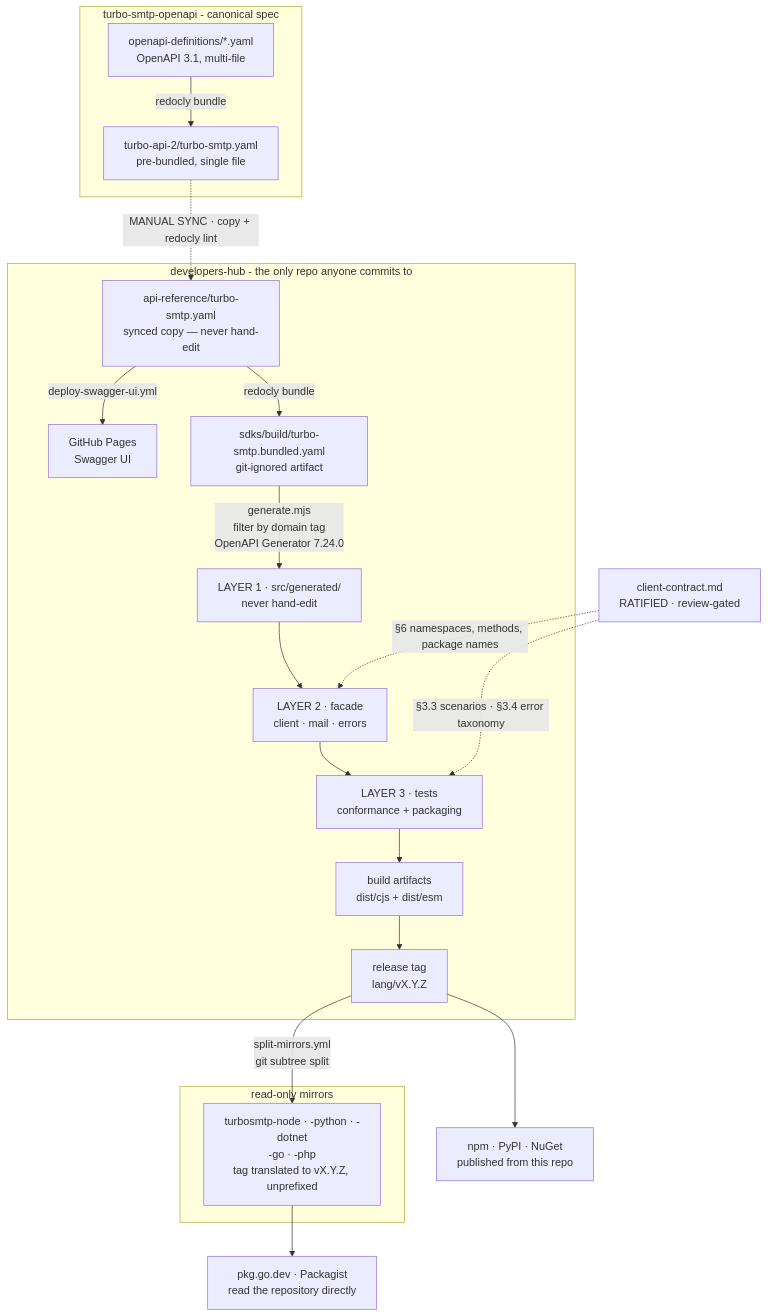
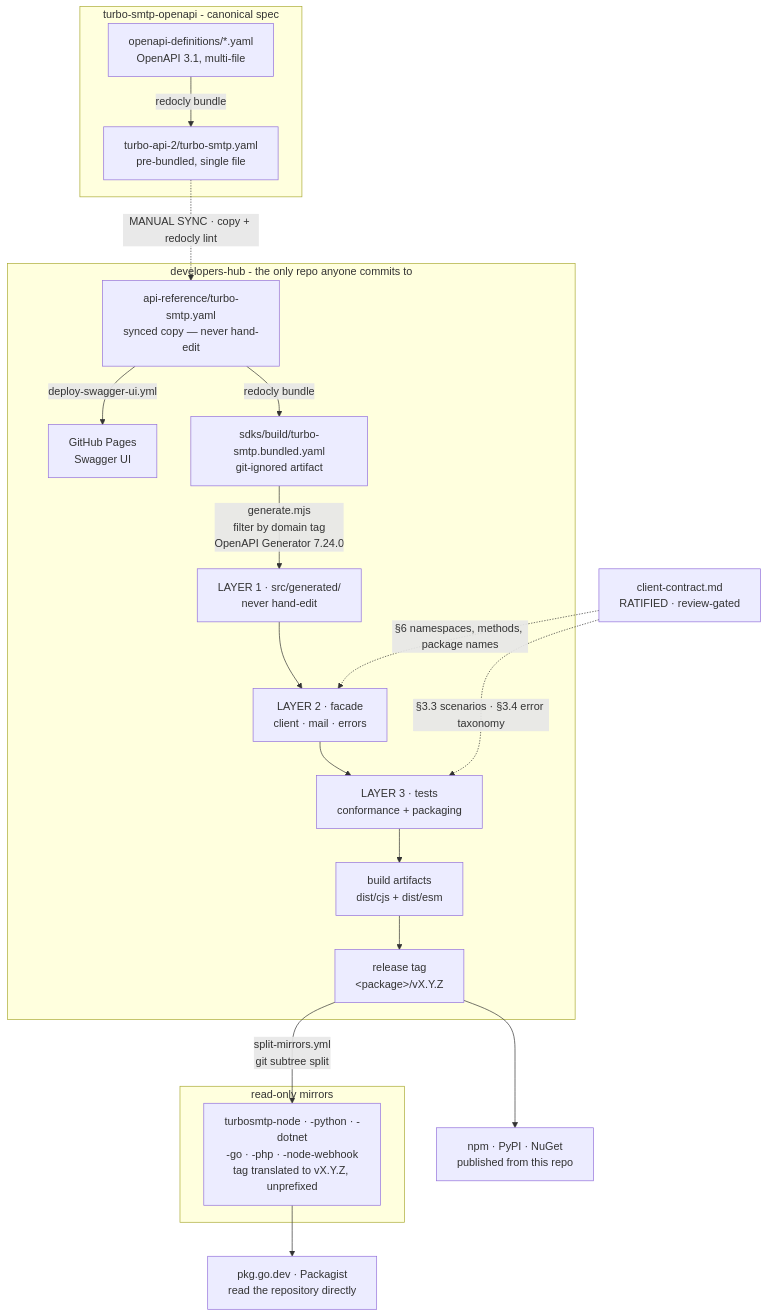
Before and after one commit to NewtTheWolf/developers-hub: the first of 2 diagrams in sdks/pipeline.md, drawn with Mermaid. The commit also changed other lines of this file and 3 other files, not shown here.

````diff
--- a/sdks/pipeline.md
+++ b/sdks/pipeline.md
@@ -12,42 +12,42 @@
 ```mermaid
 flowchart TD
     subgraph canon["turbo-smtp-openapi - canonical spec"]
         A["openapi-definitions/*.yaml<br/>OpenAPI 3.1, multi-file"]
         B["turbo-api-2/turbo-smtp.yaml<br/>pre-bundled, single file"]
         A -->|"redocly bundle"| B
     end
 
     B -.->|"MANUAL SYNC · copy + redocly lint"| C
 
     subgraph hub["developers-hub - the only repo anyone commits to"]
         C["api-reference/turbo-smtp.yaml<br/>synced copy — never hand-edit"]
         PAGES["GitHub Pages<br/>Swagger UI"]
         D["sdks/build/turbo-smtp.bundled.yaml<br/>git-ignored artifact"]
         E["LAYER 1 · src/generated/<br/>never hand-edit"]
         F["LAYER 2 · facade<br/>client · mail · errors"]
         G["LAYER 3 · tests<br/>conformance + packaging"]
         H["build artifacts<br/>dist/cjs + dist/esm"]
-        T["release tag<br/>lang/vX.Y.Z"]
+        T["release tag<br/>&lt;package&gt;/vX.Y.Z"]
 
         C -->|"deploy-swagger-ui.yml"| PAGES
         C -->|"redocly bundle"| D
         D -->|"generate.mjs<br/>filter by domain tag<br/>OpenAPI Generator 7.24.0"| E
         E --> F
         F --> G
         G --> H
         H --> T
     end
 
     CONTRACT["client-contract.md<br/>RATIFIED · review-gated"]
     CONTRACT -.->|"§6 namespaces, methods, package names"| F
     CONTRACT -.->|"§3.3 scenarios · §3.4 error taxonomy"| G
 
     T --> REG1["npm · PyPI · NuGet<br/>published from this repo"]
     T -->|"split-mirrors.yml<br/>git subtree split"| M
 
     subgraph mir["read-only mirrors"]
-        M["turbosmtp-node · -python · -dotnet<br/>-go · -php<br/>tag translated to vX.Y.Z, unprefixed"]
+        M["turbosmtp-node · -python · -dotnet<br/>-go · -php · -node-webhook<br/>tag translated to vX.Y.Z, unprefixed"]
     end
 
     M --> REG2["pkg.go.dev · Packagist<br/>read the repository directly"]
 ```
````
